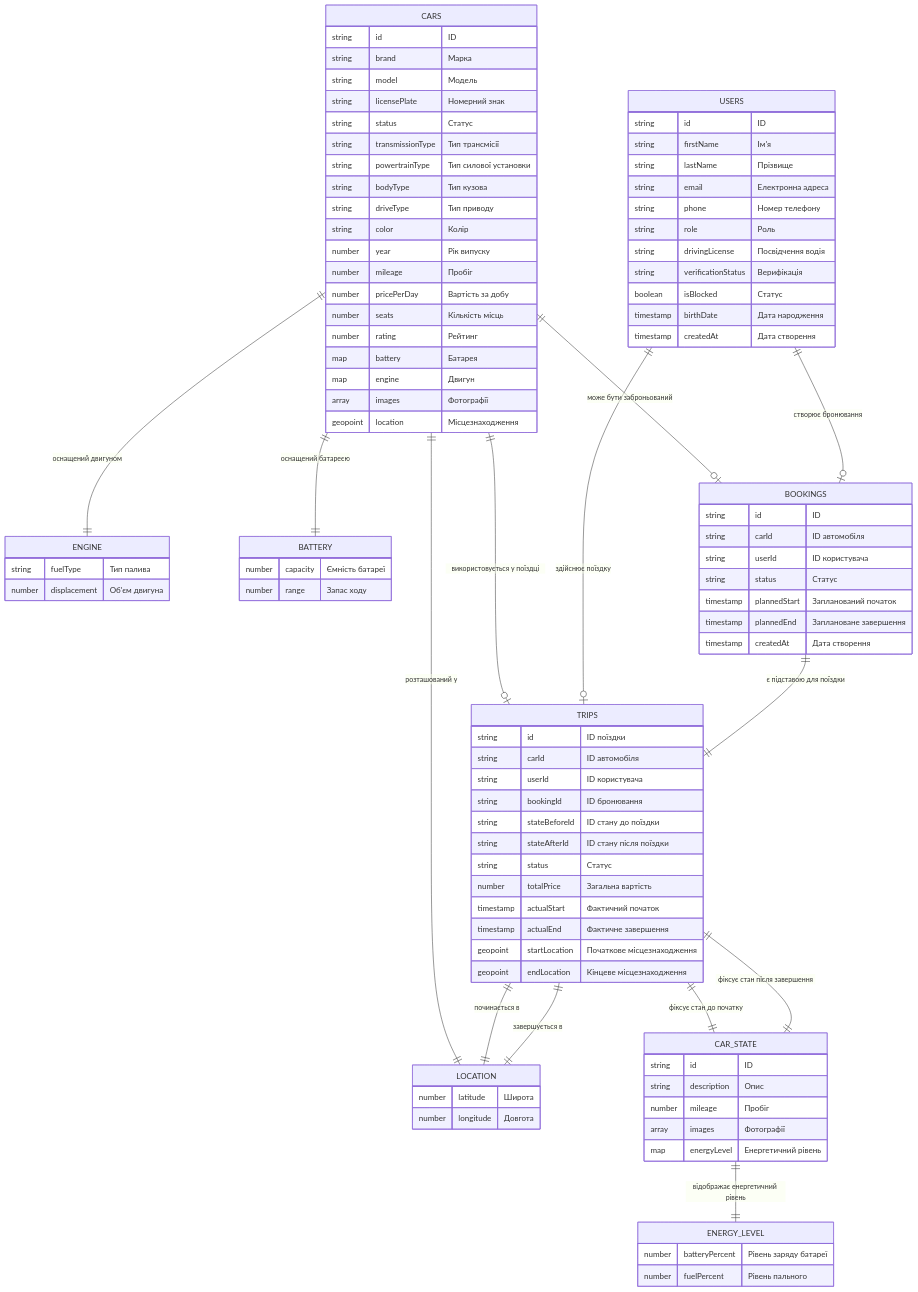
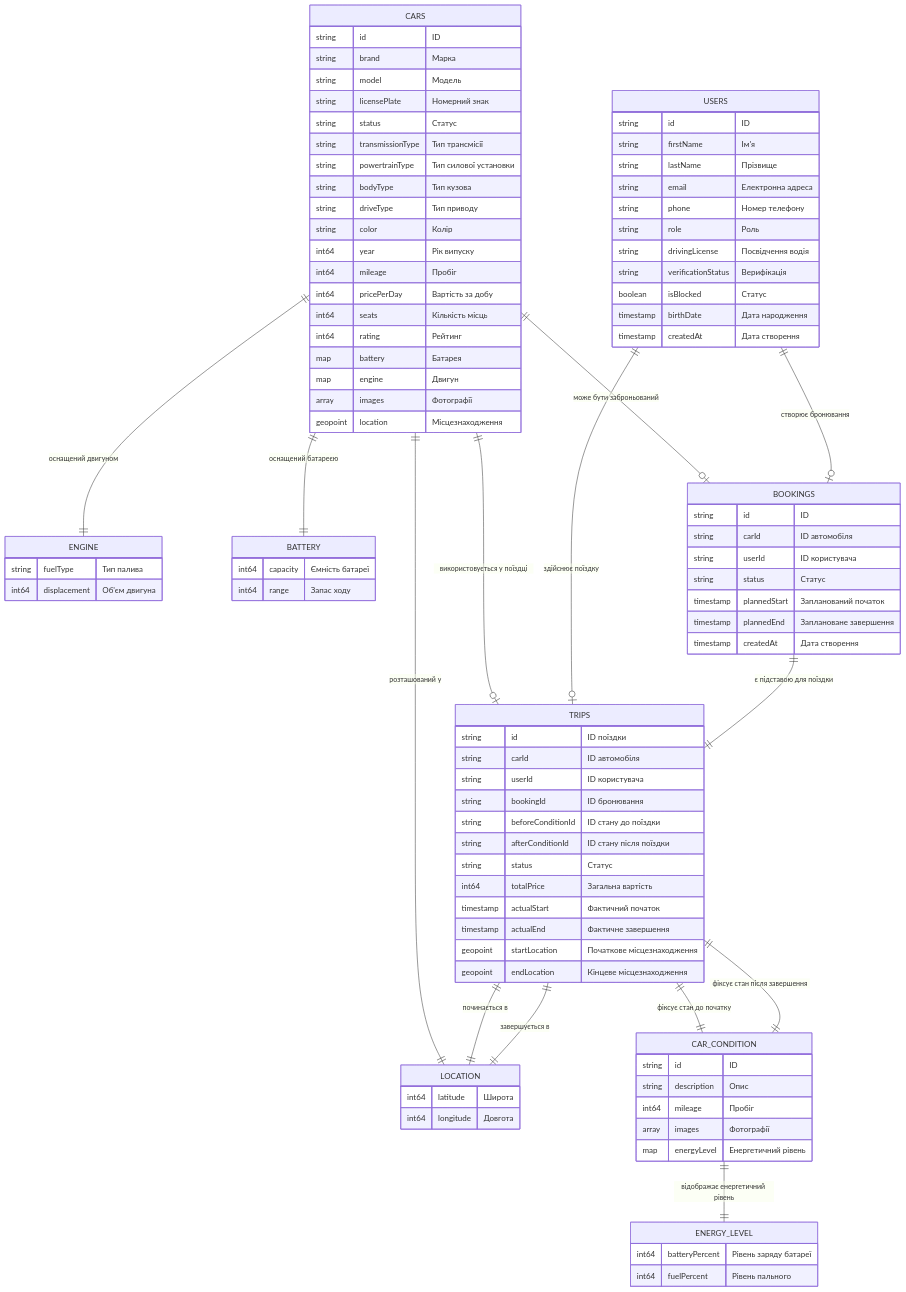
The diagram in src/diagrams/firestoreDatabase.mmd (rostyslavcheremys/carsharing-admin-panel), drawn with Mermaid before and after one commit. The commit also changed 37 other files, not shown here.

Commit message:
add user and admin pages, update route structure, and rename carState to carCondition

```diff
--- a/src/diagrams/firestoreDatabase.mmd
+++ b/src/diagrams/firestoreDatabase.mmd
@@ -1,113 +1,113 @@
 ---
 config:
   theme: default
   look: classic
 ---
 erDiagram
     CARS {
         string id "ID"
         string brand "Марка"
         string model "Модель"
         string licensePlate "Номерний знак"
         string status "Статус"
         string transmissionType "Тип трансмісії"
         string powertrainType "Тип силової установки"
         string bodyType "Тип кузова"
         string driveType "Тип приводу"
         string color "Колір"
-        number year "Рік випуску"
-        number mileage "Пробіг"
-        number pricePerDay "Вартість за добу"
-        number seats "Кількість місць"
-        number rating "Рейтинг"
+        int64 year "Рік випуску"
+        int64 mileage "Пробіг"
+        int64 pricePerDay "Вартість за добу"
+        int64 seats "Кількість місць"
+        int64 rating "Рейтинг"
         map battery "Батарея"
         map engine "Двигун"
         array images "Фотографії"
         geopoint location "Місцезнаходження"
     }
 
     ENGINE {
         string fuelType "Тип палива"
-        number displacement "Об'єм двигуна"
+        int64 displacement "Об'єм двигуна"
     }
 
     BATTERY {
-        number capacity "Ємність батареї"
-        number range "Запас ходу"
+        int64 capacity "Ємність батареї"
+        int64 range "Запас ходу"
     }
 
     LOCATION {
-        number latitude "Широта"
-        number longitude "Довгота"
+        int64 latitude "Широта"
+        int64 longitude "Довгота"
     }
 
     USERS {
         string id "ID"
         string firstName "Ім'я"
         string lastName "Прізвище"
         string email "Електронна адреса"
         string phone "Номер телефону"
         string role "Роль"
         string drivingLicense "Посвідчення водія"
         string verificationStatus "Верифікація"
         boolean isBlocked "Статус"
         timestamp birthDate "Дата народження"
         timestamp createdAt "Дата створення"
     }
 
     BOOKINGS {
         string id "ID"
         string carId "ID автомобіля"
         string userId "ID користувача"
         string status "Статус"
         timestamp plannedStart "Запланований початок"
         timestamp plannedEnd "Заплановане завершення"
         timestamp createdAt "Дата створення"
     }
 
     TRIPS {
         string id "ID поїздки"
         string carId "ID автомобіля"
         string userId "ID користувача"
         string bookingId "ID бронювання"
-        string stateBeforeId "ID стану до поїздки"
-        string stateAfterId "ID стану після поїздки"
+        string beforeConditionId "ID стану до поїздки"
+        string afterConditionId "ID стану після поїздки"
         string status "Статус"
-        number totalPrice "Загальна вартість"
+        int64 totalPrice "Загальна вартість"
         timestamp actualStart "Фактичний початок"
         timestamp actualEnd "Фактичне завершення"
         geopoint startLocation "Початкове місцезнаходження"
         geopoint endLocation "Кінцеве місцезнаходження"
     }
 
-    CAR_STATE {
+    CAR_CONDITION {
         string id "ID"
         string description "Опис"
-        number mileage "Пробіг"
+        int64 mileage "Пробіг"
         array images "Фотографії"
         map energyLevel "Енергетичний рівень"
     }
 
     ENERGY_LEVEL {
-        number batteryPercent "Рівень заряду батареї"
-        number fuelPercent "Рівень пального"
+        int64 batteryPercent "Рівень заряду батареї"
+        int64 fuelPercent "Рівень пального"
     }
 
     CARS ||--|| ENGINE : "оснащений двигуном"
     CARS ||--|| BATTERY : "оснащений батареєю"
     CARS ||--|| LOCATION : "розташований у"
 
     CARS ||--o| BOOKINGS : "може бути заброньований"
     CARS ||--o| TRIPS : "використовується у поїздці"
 
     USERS ||--o| BOOKINGS : "створює бронювання"
     USERS ||--o| TRIPS : "здійснює поїздку"
 
     BOOKINGS ||--|| TRIPS : "є підставою для поїздки"
 
-    TRIPS ||--|| CAR_STATE : "фіксує стан до початку"
-    TRIPS ||--|| CAR_STATE : "фіксує стан після завершення"
+    TRIPS ||--|| CAR_CONDITION : "фіксує стан до початку"
+    TRIPS ||--|| CAR_CONDITION : "фіксує стан після завершення"
     TRIPS ||--|| LOCATION : "починається в"
     TRIPS ||--|| LOCATION : "завершується в"
 
-    CAR_STATE ||--|| ENERGY_LEVEL : "відображає енергетичний рівень"
+    CAR_CONDITION ||--|| ENERGY_LEVEL : "відображає енергетичний рівень"
```
